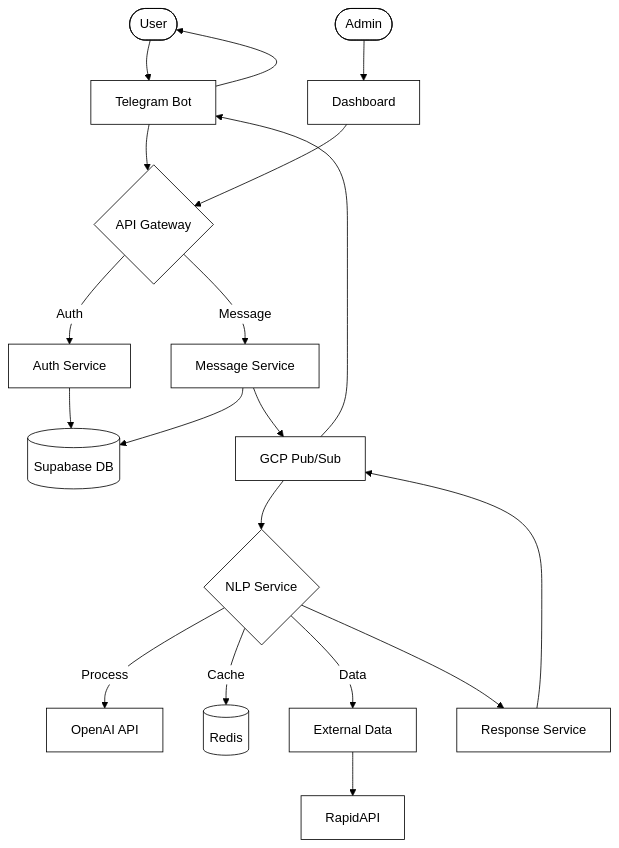
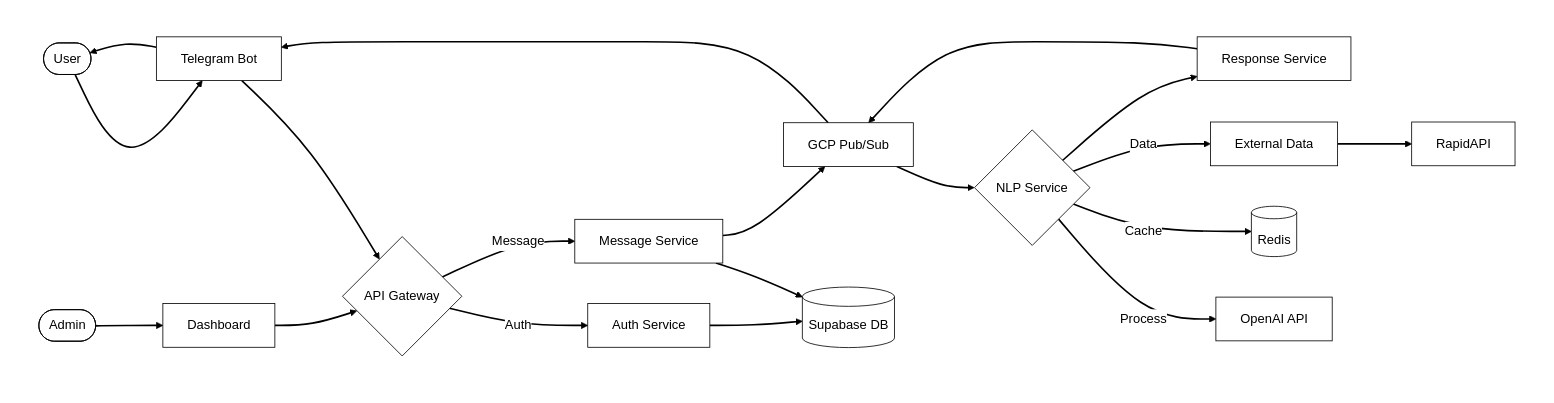
Before and after one commit to esakrissa/modern-isoner: the diagram in README.md, drawn with Mermaid.

Commit message:
Add white background container and improve link visibility for dark mode

````diff
--- a/README.md
+++ b/README.md
@@ -29,61 +29,67 @@
 ```mermaid
 %%{init: {
   'theme': 'base', 
   'themeVariables': { 
     'primaryColor': '#ffffff', 
     'primaryTextColor': '#000000', 
     'primaryBorderColor': '#000000', 
     'lineColor': '#000000', 
     'secondaryColor': '#ffffff', 
     'tertiaryColor': '#ffffff',
     'background': '#ffffff'
   }
 }}%%
 flowchart TB
-    %% User Interface Layer
-    User([User]) --> TB[Telegram Bot]
-    Admin([Admin]) --> AD[Dashboard]
-    
-    %% Gateway Layer
-    TB --> AG{API Gateway}
-    AD --> AG
-    
-    %% Service Layer
-    AG -->|Auth| AS[Auth Service]
-    AG -->|Message| MS[Message Service]
-    
-    %% Storage Layer
-    AS --> SB[(Supabase DB)]
-    MS --> SB
-    MS --> PS[GCP Pub/Sub]
-    
-    %% Processing Layer
-    PS --> NLP{NLP Service}
-    NLP -->|Process| OAI[OpenAI API]
-    NLP -->|Cache| RC[(Redis)]
-    NLP -->|Data| EDS[External Data]
-    EDS --> RAPI[RapidAPI]
-    
-    %% Response Layer
-    NLP --> RS[Response Service]
-    RS --> PS
-    PS --> TB
-    TB --> User
+    subgraph MainContainer[" "]
+        %% User Interface Layer
+        User([User]) --> TB[Telegram Bot]
+        Admin([Admin]) --> AD[Dashboard]
+        
+        %% Gateway Layer
+        TB --> AG{API Gateway}
+        AD --> AG
+        
+        %% Service Layer
+        AG -->|Auth| AS[Auth Service]
+        AG -->|Message| MS[Message Service]
+        
+        %% Storage Layer
+        AS --> SB[(Supabase DB)]
+        MS --> SB
+        MS --> PS[GCP Pub/Sub]
+        
+        %% Processing Layer
+        PS --> NLP{NLP Service}
+        NLP -->|Process| OAI[OpenAI API]
+        NLP -->|Cache| RC[(Redis)]
+        NLP -->|Data| EDS[External Data]
+        EDS --> RAPI[RapidAPI]
+        
+        %% Response Layer
+        NLP --> RS[Response Service]
+        RS --> PS
+        PS --> TB
+        TB --> User
+    end
 
     %% Styling
+    style MainContainer fill:#ffffff,stroke:#ffffff,stroke-width:4px
     style User fill:#ffffff,stroke:#000000
     style Admin fill:#ffffff,stroke:#000000
     style TB fill:#ffffff,stroke:#000000
     style AD fill:#ffffff,stroke:#000000
     style AG fill:#ffffff,stroke:#000000
     style AS fill:#ffffff,stroke:#000000
     style MS fill:#ffffff,stroke:#000000
     style NLP fill:#ffffff,stroke:#000000
     style EDS fill:#ffffff,stroke:#000000
     style RS fill:#ffffff,stroke:#000000
     style SB fill:#ffffff,stroke:#000000
     style PS fill:#ffffff,stroke:#000000
     style RC fill:#ffffff,stroke:#000000
     style OAI fill:#ffffff,stroke:#000000
     style RAPI fill:#ffffff,stroke:#000000
+
+    %% Link Styling
+    linkStyle default stroke:#000000,stroke-width:2px
 ```
````
